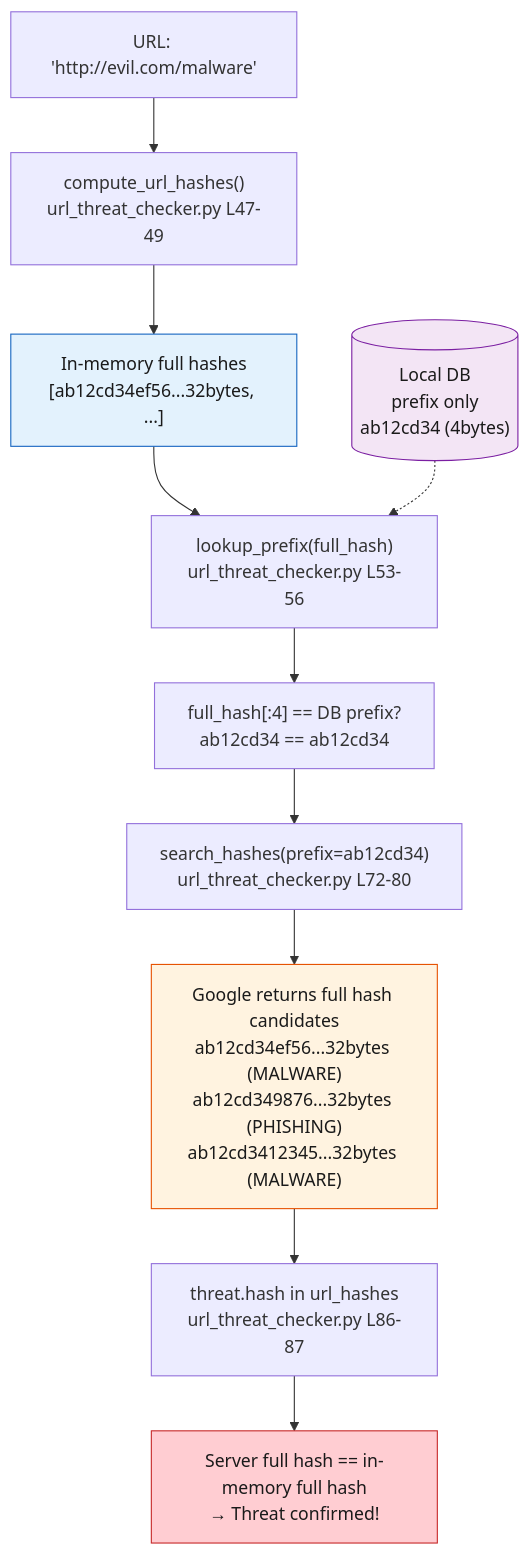
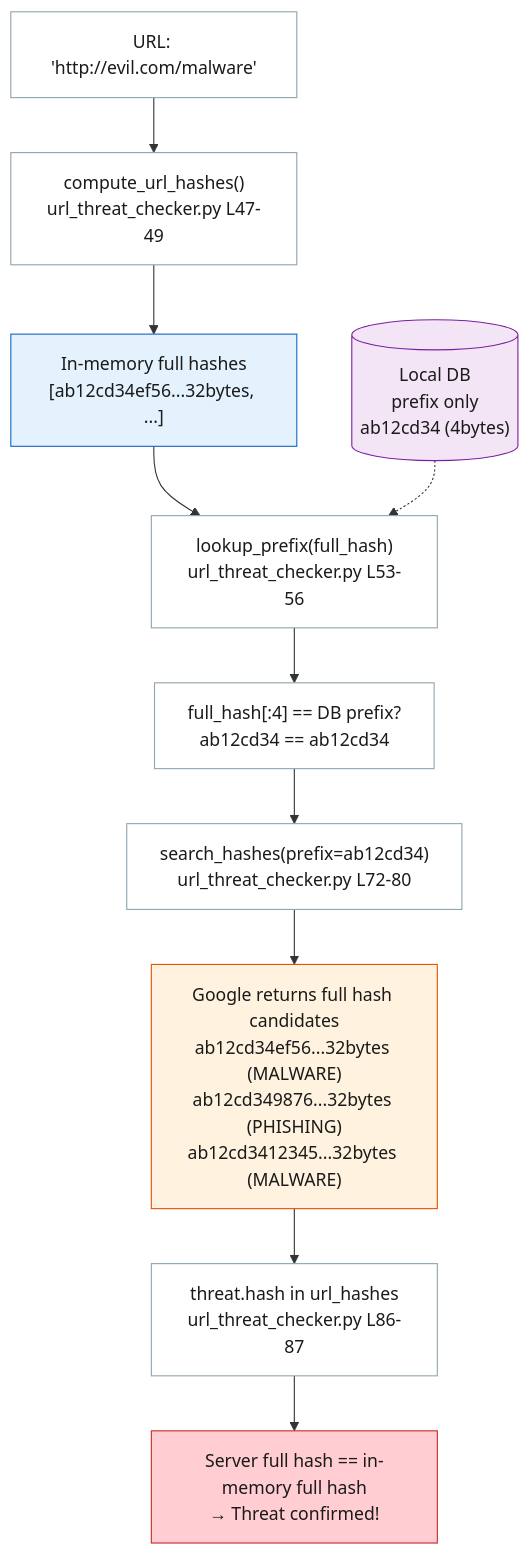
The fourth of 9 diagrams in WORKFLOW_GUIDE.md (kataroya/web-risk-cli), drawn with Mermaid before and after one commit. The commit also changed other lines of this file, not shown here.

Commit message:
style: Enhance flowchart styles for improved visual clarity in Workflow Guide

````diff
--- a/WORKFLOW_GUIDE.md
+++ b/WORKFLOW_GUIDE.md
@@ -364,19 +398,25 @@
 ```mermaid
 flowchart TD
     URL["URL: 'http://evil.com/malware'"] --> CALC["compute_url_hashes()<br/>url_threat_checker.py L47-49"]
     CALC --> MEM_FULL["In-memory full hashes<br/>[ab12cd34ef56...32bytes, ...]"]
     MEM_FULL --> LOCAL["lookup_prefix(full_hash)<br/>url_threat_checker.py L53-56"]
     LOCAL --> CMP1["full_hash[:4] == DB prefix?<br/>ab12cd34 == ab12cd34"]
     CMP1 --> API["search_hashes(prefix=ab12cd34)<br/>url_threat_checker.py L72-80"]
     API --> SERVER["Google returns full hash candidates<br/>ab12cd34ef56...32bytes (MALWARE)<br/>ab12cd349876...32bytes (PHISHING)<br/>ab12cd3412345...32bytes (MALWARE)"]
     SERVER --> CMP2["threat.hash in url_hashes<br/>url_threat_checker.py L86-87"]
     CMP2 --> RESULT["Server full hash == in-memory full hash<br/>→ Threat confirmed!"]
 
     DB[("Local DB<br/>prefix only<br/>ab12cd34 (4bytes)")]
     DB -.-> LOCAL
 
+    style URL fill:#ffffff,stroke:#90a4ae,color:#1a1a1a
+    style CALC fill:#ffffff,stroke:#90a4ae,color:#1a1a1a
     style MEM_FULL fill:#e3f2fd,stroke:#1565c0,color:#1a1a1a
+    style LOCAL fill:#ffffff,stroke:#90a4ae,color:#1a1a1a
+    style CMP1 fill:#ffffff,stroke:#90a4ae,color:#1a1a1a
+    style API fill:#ffffff,stroke:#90a4ae,color:#1a1a1a
     style SERVER fill:#fff3e0,stroke:#e65100,color:#1a1a1a
+    style CMP2 fill:#ffffff,stroke:#90a4ae,color:#1a1a1a
     style RESULT fill:#ffcdd2,stroke:#c62828,color:#1a1a1a
     style DB fill:#f3e5f5,stroke:#7b1fa2,color:#1a1a1a
 ```
````
